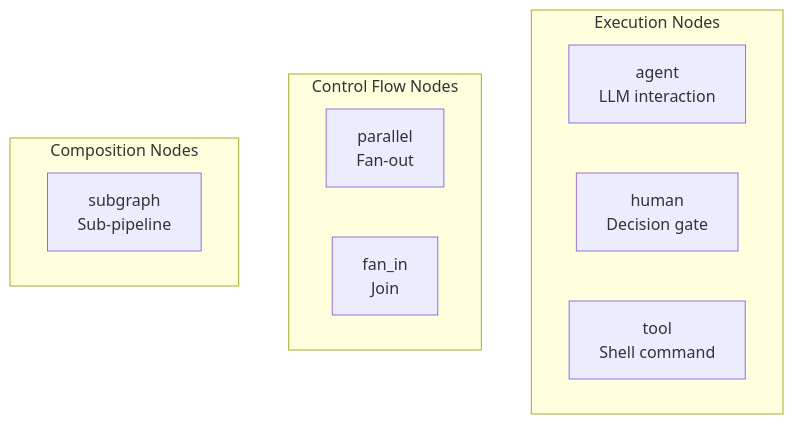
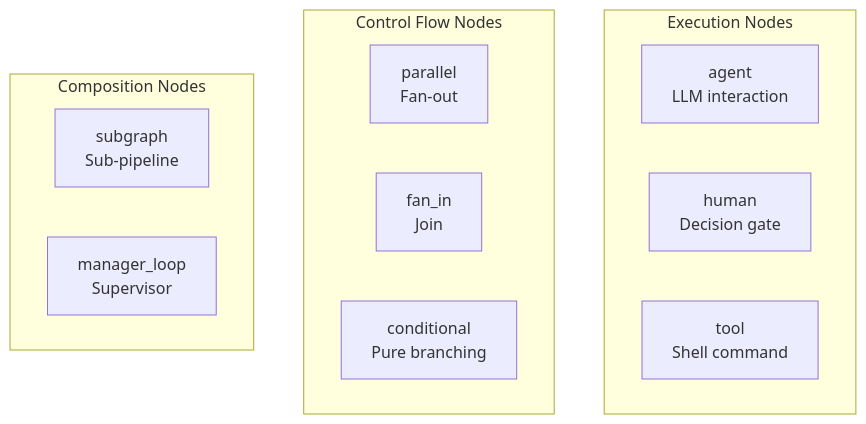
One commit to michellepellon/dippin-lang changed the first of 2 diagrams in docs/nodes.md. Above: the diagram before and after it, drawn with Mermaid. The commit also changed other lines of this file, not shown here.

First line of the commit message:
docs(nodes): add Manager Loop Nodes section and update kind count

````diff
--- a/docs/nodes.md
+++ b/docs/nodes.md
@@ -11,15 +11,17 @@
 ```mermaid
 graph TB
     subgraph Execution Nodes
         agent["agent<br>LLM interaction"]
         human["human<br>Decision gate"]
         tool["tool<br>Shell command"]
     end
     subgraph Control Flow Nodes
         parallel["parallel<br>Fan-out"]
         fan_in["fan_in<br>Join"]
+        conditional["conditional<br>Pure branching"]
     end
     subgraph Composition Nodes
         subgraph_node["subgraph<br>Sub-pipeline"]
+        manager_loop["manager_loop<br>Supervisor"]
     end
 ```
````
